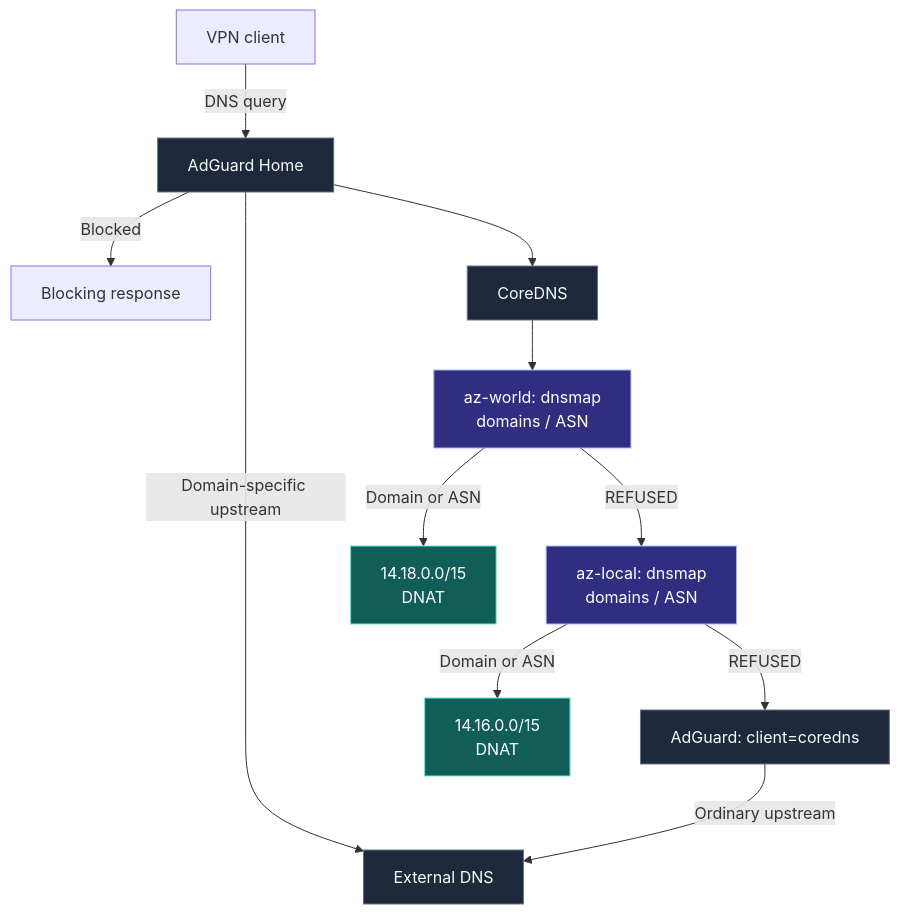
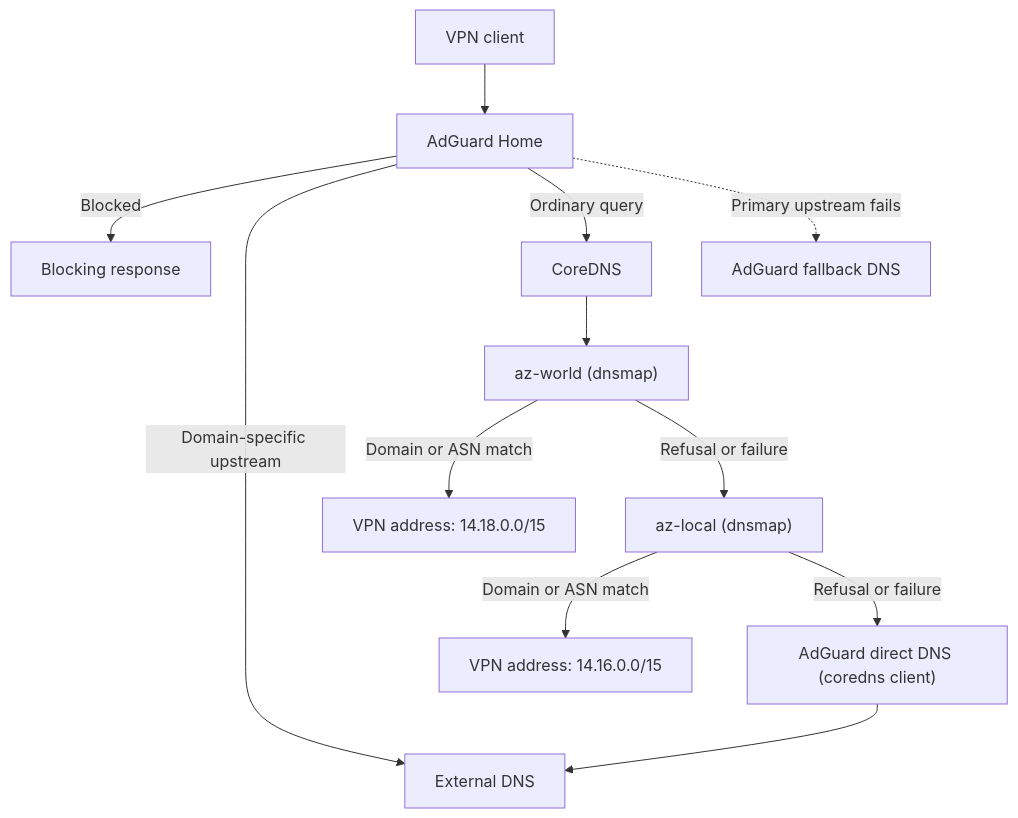
Before and after one commit to xtrime-ru/antizapret-vpn-docker: the first of 3 diagrams in README.md, drawn with Mermaid. The commit also changed other lines of this file and 1 other file, not shown here.

````diff
--- a/README.md
+++ b/README.md
@@ -793,21 +793,14 @@
 ```mermaid
 flowchart TB
-    client["VPN client"] -->|DNS query| adguard["AdGuard Home"]
-    adguard -->|Blocked| deny["Blocking response"]
+    client["VPN client"] --> adguard["AdGuard Home"]
+    adguard -->|Blocked| blocked["Blocking response"]
     adguard -->|Domain-specific upstream| external["External DNS"]
-    adguard --> core["CoreDNS"]
-    core --> world
-    world["az-world: dnsmap<br/>domains / ASN"]
-    world -->|Domain or ASN| worldip["14.18.0.0/15<br/>DNAT"]
-    world -->|REFUSED| local
-    local["az-local: dnsmap<br/>domains / ASN"]
-    local -->|Domain or ASN| localip["14.16.0.0/15<br/>DNAT"]
-    local -->|REFUSED| retry["AdGuard: client=coredns"]
-    retry -->|Ordinary upstream| external
-    classDef service fill:#1e293b,stroke:#64748b,color:#f8fafc
-    classDef exit fill:#312e81,stroke:#a5b4fc,color:#ffffff
-    classDef mapped fill:#115e59,stroke:#5eead4,color:#ffffff
-    class adguard,core,retry,external service
-    class local,world exit
-    class localip,worldip mapped
+    adguard -->|Ordinary query| core["CoreDNS"]
+    core --> world["az-world (dnsmap)"]
+    world -->|Domain or ASN match| world_ip["VPN address: 14.18.0.0/15"]
+    world -->|Refusal or failure| local_exit["az-local (dnsmap)"]
+    local_exit -->|Domain or ASN match| local_ip["VPN address: 14.16.0.0/15"]
+    local_exit -->|Refusal or failure| direct_dns["AdGuard direct DNS (coredns client)"]
+    direct_dns --> external
+    adguard -.->|Primary upstream fails| fallback_dns["AdGuard fallback DNS"]
 ```
````
